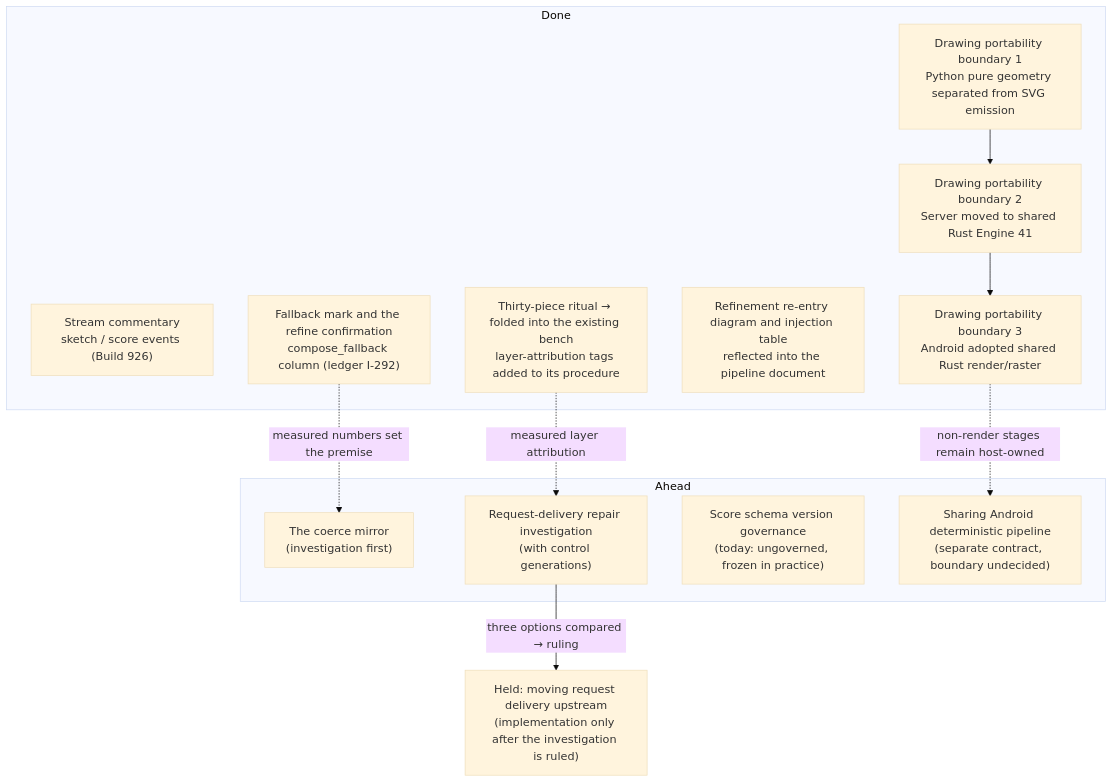
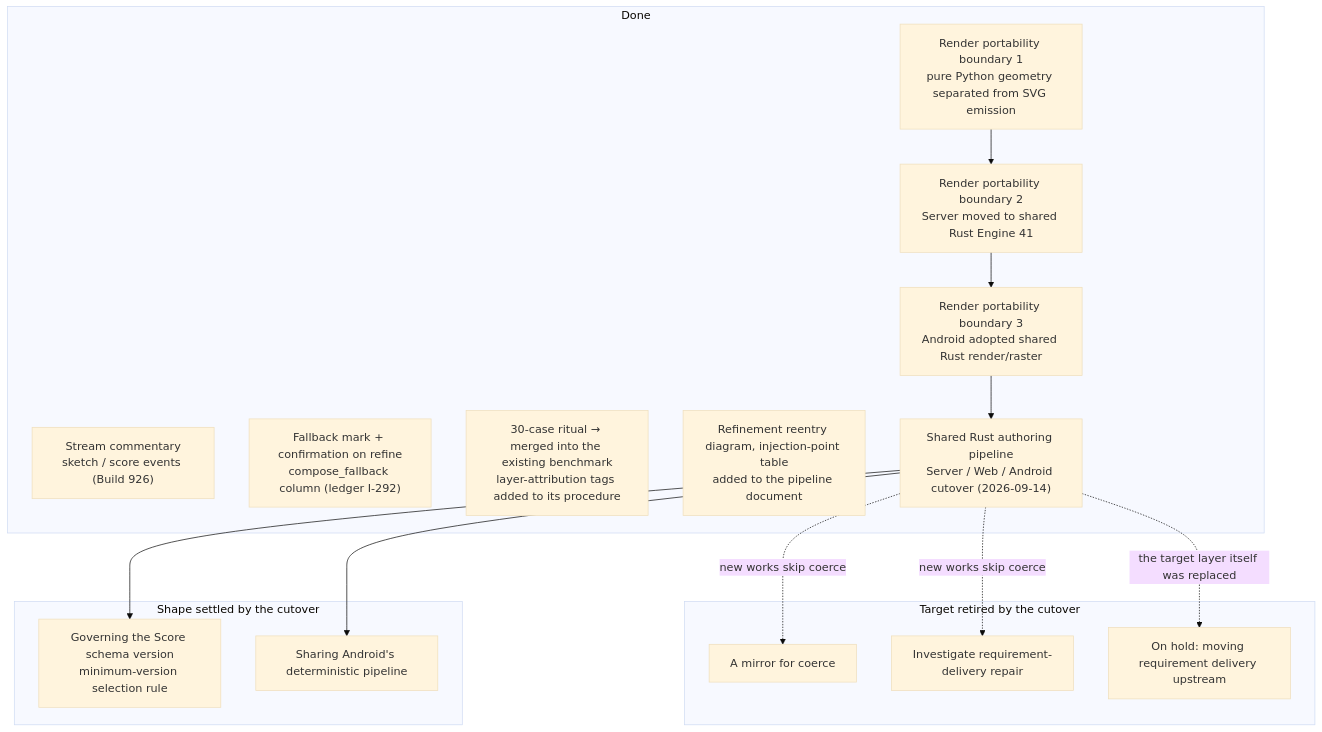
The diagram in docs/architecture/future-plan.md (oikawas/inku-lang), drawn with Mermaid (base theme) before and after one commit. The commit also changed other lines of this file and 27 other files, not shown here.

First line of the commit message:
Update architecture documents for the shared Rust pipeline

````diff
--- a/docs/architecture/future-plan.md
+++ b/docs/architecture/future-plan.md
@@ -23,26 +19,31 @@
 ```mermaid
 flowchart TD
     subgraph DONE["Done"]
         STREAM["Stream commentary\nsketch / score events (Build 926)"]
-        MARK["Fallback mark and the refine confirmation\ncompose_fallback column (ledger I-292)"]
-        RITUAL["Thirty-piece ritual → folded into the existing bench\nlayer-attribution tags added to its procedure"]
-        DOCS["Refinement re-entry diagram and injection table\nreflected into the pipeline document"]
-        PORT_BOUNDARY["Drawing portability boundary 1\nPython pure geometry separated from SVG emission"]
-        RUST_CORE["Drawing portability boundary 2\nServer moved to shared Rust Engine 41"]
-        ANDROID_RUST["Drawing portability boundary 3\nAndroid adopted shared Rust render/raster"]
+        MARK["Fallback mark + confirmation on refine\ncompose_fallback column (ledger I-292)"]
+        RITUAL["30-case ritual → merged into the existing benchmark\nlayer-attribution tags added to its procedure"]
+        DOCS["Refinement reentry diagram, injection-point table\nadded to the pipeline document"]
+        PORT_BOUNDARY["Render portability boundary 1\npure Python geometry separated from SVG emission"]
+        RUST_CORE["Render portability boundary 2\nServer moved to shared Rust Engine 41"]
+        ANDROID_RUST["Render portability boundary 3\nAndroid adopted shared Rust render/raster"]
+        CUTOVER["Shared Rust authoring pipeline\nServer / Web / Android cutover (2026-09-14)"]
     end
-    subgraph NEXT["Ahead"]
-        MIRROR["The coerce mirror\n(investigation first)"]
-        P41["Request-delivery repair investigation\n(with control generations)"]
-        GOV["Score schema version governance\n(today: ungoverned, frozen in practice)"]
-        PIPELINE_PORT["Sharing Android deterministic pipeline\n(separate contract, boundary undecided)"]
+    subgraph SUPERSEDED["Target retired by the cutover"]
+        MIRROR["A mirror for coerce"]
+        P41["Investigate requirement-delivery repair"]
+        HELD["On hold: moving requirement delivery upstream"]
     end
-    HELD["Held: moving request delivery upstream\n(implementation only after the investigation is ruled)"]
+    subgraph SETTLED["Shape settled by the cutover"]
+        GOV["Governing the Score schema version\nminimum-version selection rule"]
+        PIPELINE_PORT["Sharing Android's deterministic pipeline"]
+    end
 
-    MARK -.->|"measured numbers set the premise"| MIRROR
-    P41 -->|"three options compared → ruling"| HELD
-    RITUAL -.->|"measured layer attribution"| P41
     PORT_BOUNDARY --> RUST_CORE
     RUST_CORE --> ANDROID_RUST
-    ANDROID_RUST -.->|"non-render stages remain host-owned"| PIPELINE_PORT
+    ANDROID_RUST --> CUTOVER
+    CUTOVER -.->|"new works skip coerce"| MIRROR
+    CUTOVER -.->|"new works skip coerce"| P41
+    CUTOVER -.->|"the target layer itself was replaced"| HELD
+    CUTOVER --> GOV
+    CUTOVER --> PIPELINE_PORT
 ```
````
